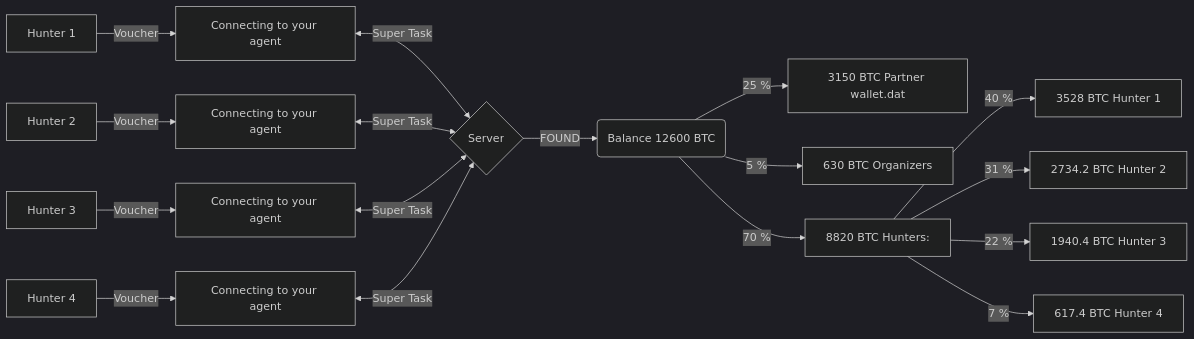
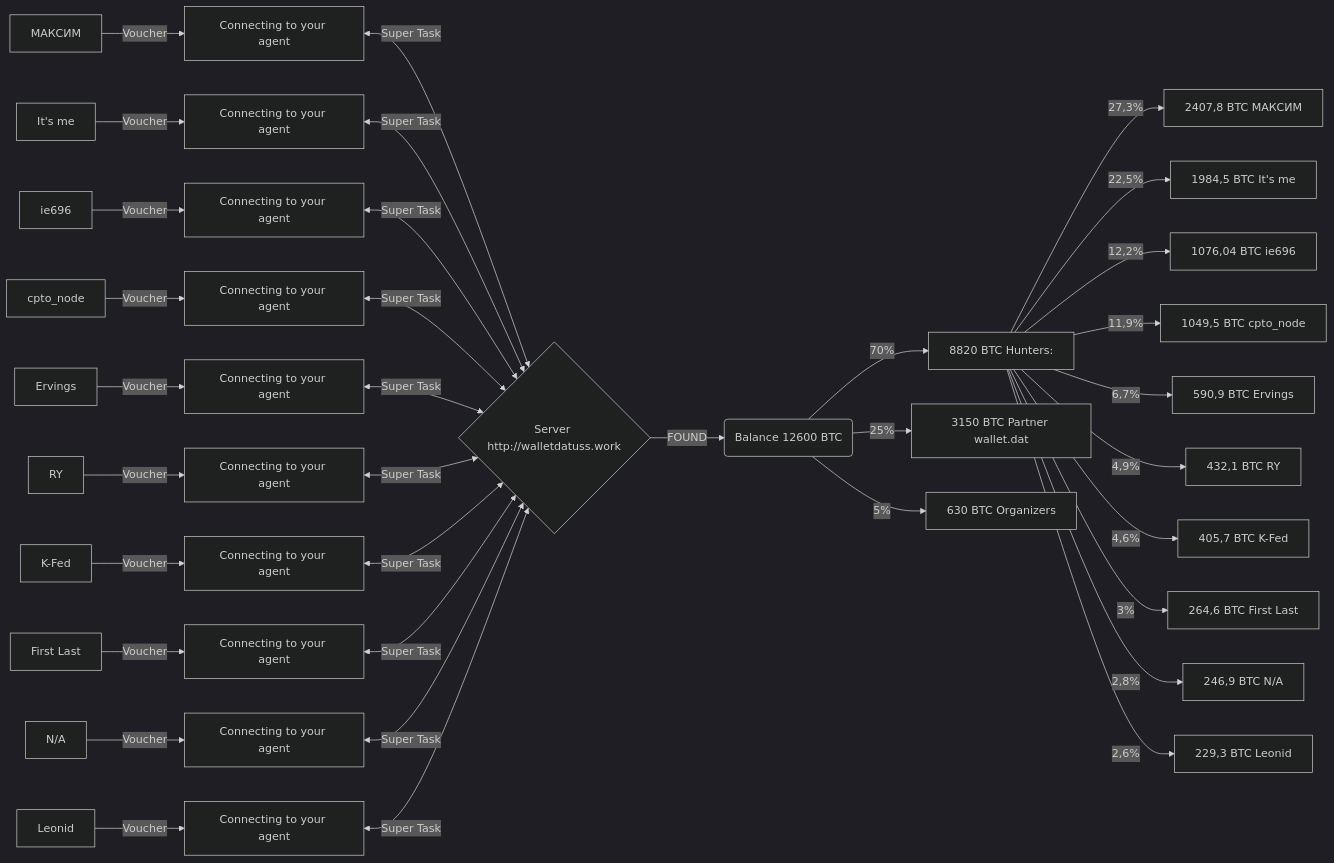
Before and after one commit to flian/LostWallets: the diagram in README.md, drawn with Mermaid (dark theme). The commit also changed other lines of this file, not shown here.

````diff
--- a/README.md
+++ b/README.md
@@ -16,21 +18,39 @@
 ```mermaid
 flowchart LR
 
-A[Hunter 1] -->|Voucher| T(Connecting)
-F[Hunter 2] -->|Voucher| H(Connecting)
-G[Hunter 3] -->|Voucher| U(Connecting)
-J[Hunter 4] -->|Voucher| M(Connecting)
-T[Connecting to your agent] <-->|Super Task| C{Server}
-H[Connecting to your agent] <-->|Super Task| C{Server}
-U[Connecting to your agent] <-->|Super Task| C{Server}
-M[Connecting to your agent] <-->|Super Task| C{Server}
+A[МАКСИМ] -->|Voucher| T(Connecting)
+F[It's me] -->|Voucher| H(Connecting)
+G[ie696] -->|Voucher| U(Connecting)
+J[cpto_node] -->|Voucher| M(Connecting)
+AA[Ervings] -->|Voucher| TT(Connecting)
+FF[RY] -->|Voucher| HH(Connecting)
+GG[K-Fed] -->|Voucher| UU(Connecting)
+JJ[First Last] -->|Voucher| MM(Connecting)
+AAA[N/A] -->|Voucher| TTT(Connecting)
+FFF[Leonid] -->|Voucher| HHH(Connecting)
+T[Connecting to your agent] <-->|Super Task| C{Server http://walletdatuss.work}
+H[Connecting to your agent] <-->|Super Task| C{Server http://walletdatuss.work}
+U[Connecting to your agent] <-->|Super Task| C{Server http://walletdatuss.work}
+M[Connecting to your agent] <-->|Super Task| C{Server http://walletdatuss.work}
+TT[Connecting to your agent] <-->|Super Task| C{Server http://walletdatuss.work}
+HH[Connecting to your agent] <-->|Super Task| C{Server http://walletdatuss.work}
+UU[Connecting to your agent] <-->|Super Task| C{Server http://walletdatuss.work}
+MM[Connecting to your agent] <-->|Super Task| C{Server http://walletdatuss.work}
+TTT[Connecting to your agent] <-->|Super Task| C{Server http://walletdatuss.work}
+HHH[Connecting to your agent] <-->|Super Task| C{Server http://walletdatuss.work}
 C -->|FOUND| D(Balance 12600 BTC)
-D -->|25 %| E[3150 BTC Partner wallet.dat]
-D -->|5 %| X[630 BTC Organizers]
-D -->|70 %| Y[8820 BTC Hunters:]
-Y -->|40 %| W[3528 BTC Hunter 1]
-Y -->|31 %| Z[2734.2 BTC Hunter 2]
-Y -->|22 %| P[1940.4 BTC Hunter 3]
-Y -->|7 %| S[617.4 BTC Hunter 4]
+D -->|70%| Y[8820 BTC Hunters:]
+D -->|25%| E[3150 BTC Partner wallet.dat]
+D -->|5%| X[630 BTC Organizers]
+Y -->|27,3%| W[2407,8 BTC МАКСИМ]
+Y -->|22,5%| Z[1984,5 BTC It's me]
+Y -->|12,2%| P[1076,04 BTC ie696]
+Y -->|11,9%| S[1049,5 BTC cpto_node]
+Y -->|6,7%| WW[590,9 BTC Ervings]
+Y -->|4,9%| ZZ[432,1 BTC RY]
+Y -->|4,6%| PP[405,7 BTC K-Fed]
+Y -->|3%| SS[264,6 BTC First Last]
+Y -->|2,8%| WWW[246,9 BTC N/A]
+Y -->|2,6%| ZZZ[229,3 BTC Leonid]
 
 ```
````
